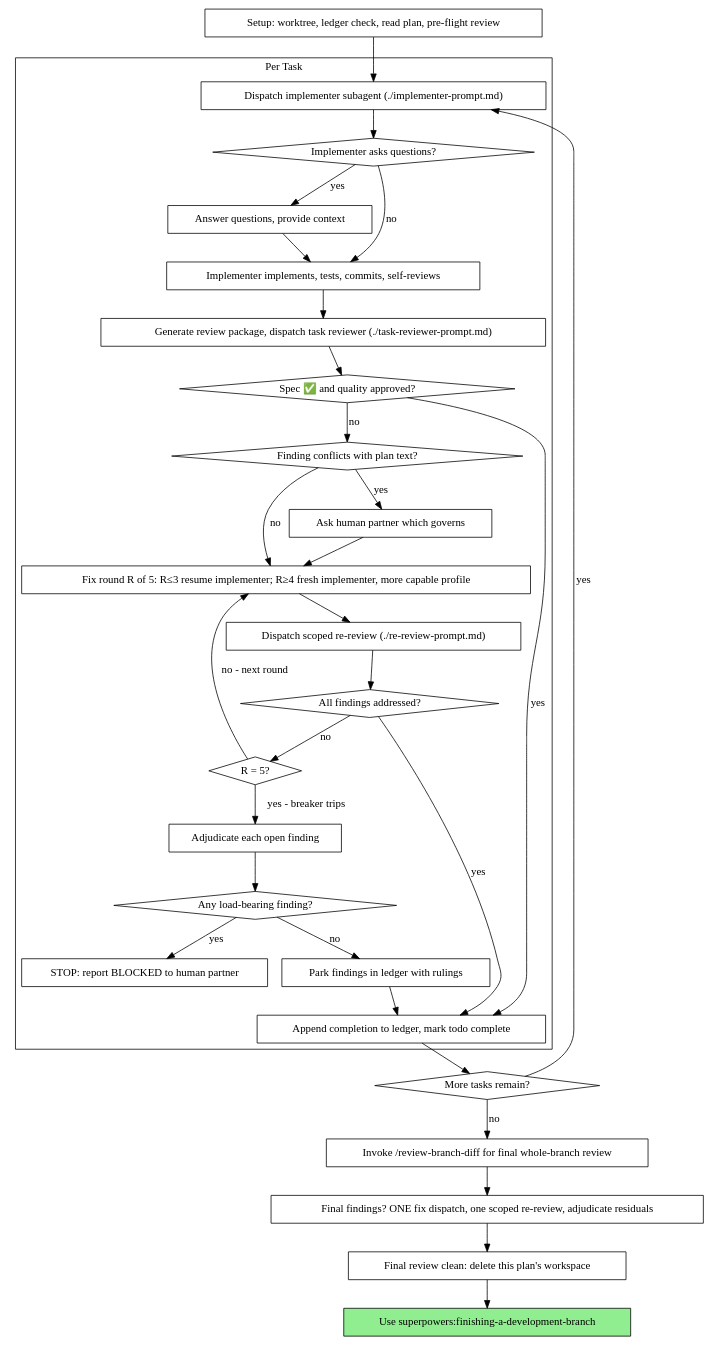
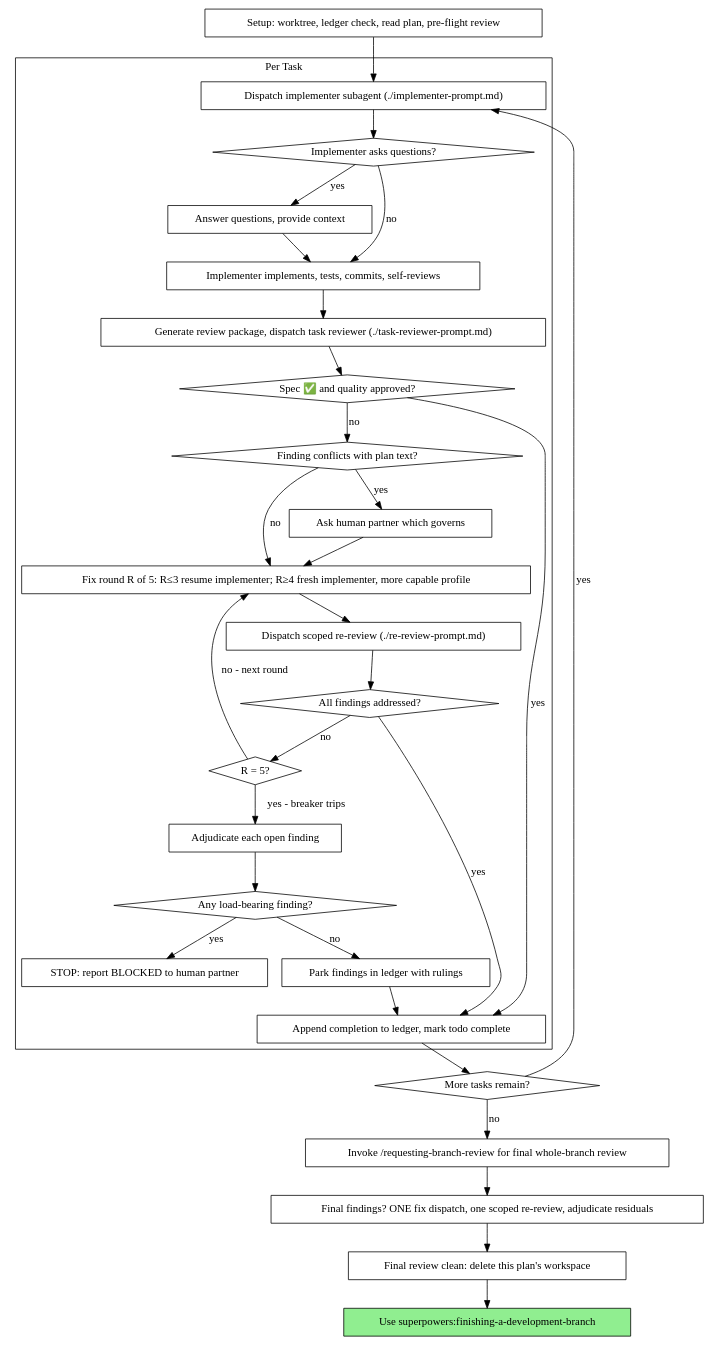
One commit to HarleyBartles/agent-asset-marketplace changed the second of 2 diagrams in codex-marketplace/plugins/superpowers-plus/skills/subagent-driven-development/SKILL.md. Above: the diagram before and after it, drawn with Graphviz. The commit also changed other lines of this file and 56 other files, not shown here.

First line of the commit message:
Regenerate marketplace and installed-skill surfaces for requesting-branch-review

````diff
--- a/codex-marketplace/plugins/superpowers-plus/skills/subagent-driven-development/SKILL.md
+++ b/codex-marketplace/plugins/superpowers-plus/skills/subagent-driven-development/SKILL.md
@@ -72,62 +72,62 @@
 ```dot
 digraph process {
     rankdir=TB;
 
     subgraph cluster_per_task {
         label="Per Task";
         "Dispatch implementer subagent (./implementer-prompt.md)" [shape=box];
         "Implementer asks questions?" [shape=diamond];
         "Answer questions, provide context" [shape=box];
         "Implementer implements, tests, commits, self-reviews" [shape=box];
         "Generate review package, dispatch task reviewer (./task-reviewer-prompt.md)" [shape=box];
         "Spec ✅ and quality approved?" [shape=diamond];
         "Finding conflicts with plan text?" [shape=diamond];
         "Ask human partner which governs" [shape=box];
         "Fix round R of 5: R≤3 resume implementer; R≥4 fresh implementer, more capable profile" [shape=box];
         "Dispatch scoped re-review (./re-review-prompt.md)" [shape=box];
         "All findings addressed?" [shape=diamond];
         "R = 5?" [shape=diamond];
         "Adjudicate each open finding" [shape=box];
         "Any load-bearing finding?" [shape=diamond];
         "STOP: report BLOCKED to human partner" [shape=box];
         "Park findings in ledger with rulings" [shape=box];
         "Append completion to ledger, mark todo complete" [shape=box];
     }
 
     "Setup: worktree, ledger check, read plan, pre-flight review" [shape=box];
     "More tasks remain?" [shape=diamond];
-    "Invoke /review-branch-diff for final whole-branch review" [shape=box];
+    "Invoke /requesting-branch-review for final whole-branch review" [shape=box];
     "Final findings? ONE fix dispatch, one scoped re-review, adjudicate residuals" [shape=box];
     "Final review clean: delete this plan's workspace" [shape=box];
     "Use superpowers:finishing-a-development-branch" [shape=box style=filled fillcolor=lightgreen];
 
     "Setup: worktree, ledger check, read plan, pre-flight review" -> "Dispatch implementer subagent (./implementer-prompt.md)";
     "Dispatch implementer subagent (./implementer-prompt.md)" -> "Implementer asks questions?";
     "Implementer asks questions?" -> "Answer questions, provide context" [label="yes"];
     "Answer questions, provide context" -> "Implementer implements, tests, commits, self-reviews";
     "Implementer asks questions?" -> "Implementer implements, tests, commits, self-reviews" [label="no"];
     "Implementer implements, tests, commits, self-reviews" -> "Generate review package, dispatch task reviewer (./task-reviewer-prompt.md)";
     "Generate review package, dispatch task reviewer (./task-reviewer-prompt.md)" -> "Spec ✅ and quality approved?";
     "Spec ✅ and quality approved?" -> "Append completion to ledger, mark todo complete" [label="yes"];
     "Spec ✅ and quality approved?" -> "Finding conflicts with plan text?" [label="no"];
     "Finding conflicts with plan text?" -> "Ask human partner which governs" [label="yes"];
     "Ask human partner which governs" -> "Fix round R of 5: R≤3 resume implementer; R≥4 fresh implementer, more capable profile";
     "Finding conflicts with plan text?" -> "Fix round R of 5: R≤3 resume implementer; R≥4 fresh implementer, more capable profile" [label="no"];
     "Fix round R of 5: R≤3 resume implementer; R≥4 fresh implementer, more capable profile" -> "Dispatch scoped re-review (./re-review-prompt.md)";
     "Dispatch scoped re-review (./re-review-prompt.md)" -> "All findings addressed?";
     "All findings addressed?" -> "Append completion to ledger, mark todo complete" [label="yes"];
     "All findings addressed?" -> "R = 5?" [label="no"];
     "R = 5?" -> "Fix round R of 5: R≤3 resume implementer; R≥4 fresh implementer, more capable profile" [label="no - next round"];
     "R = 5?" -> "Adjudicate each open finding" [label="yes - breaker trips"];
     "Adjudicate each open finding" -> "Any load-bearing finding?";
     "Any load-bearing finding?" -> "STOP: report BLOCKED to human partner" [label="yes"];
     "Any load-bearing finding?" -> "Park findings in ledger with rulings" [label="no"];
     "Park findings in ledger with rulings" -> "Append completion to ledger, mark todo complete";
     "Append completion to ledger, mark todo complete" -> "More tasks remain?";
     "More tasks remain?" -> "Dispatch implementer subagent (./implementer-prompt.md)" [label="yes"];
-    "More tasks remain?" -> "Invoke /review-branch-diff for final whole-branch review" [label="no"];
-    "Invoke /review-branch-diff for final whole-branch review" -> "Final findings? ONE fix dispatch, one scoped re-review, adjudicate residuals";
+    "More tasks remain?" -> "Invoke /requesting-branch-review for final whole-branch review" [label="no"];
+    "Invoke /requesting-branch-review for final whole-branch review" -> "Final findings? ONE fix dispatch, one scoped re-review, adjudicate residuals";
     "Final findings? ONE fix dispatch, one scoped re-review, adjudicate residuals" -> "Final review clean: delete this plan's workspace";
     "Final review clean: delete this plan's workspace" -> "Use superpowers:finishing-a-development-branch";
 }
 ```
````
